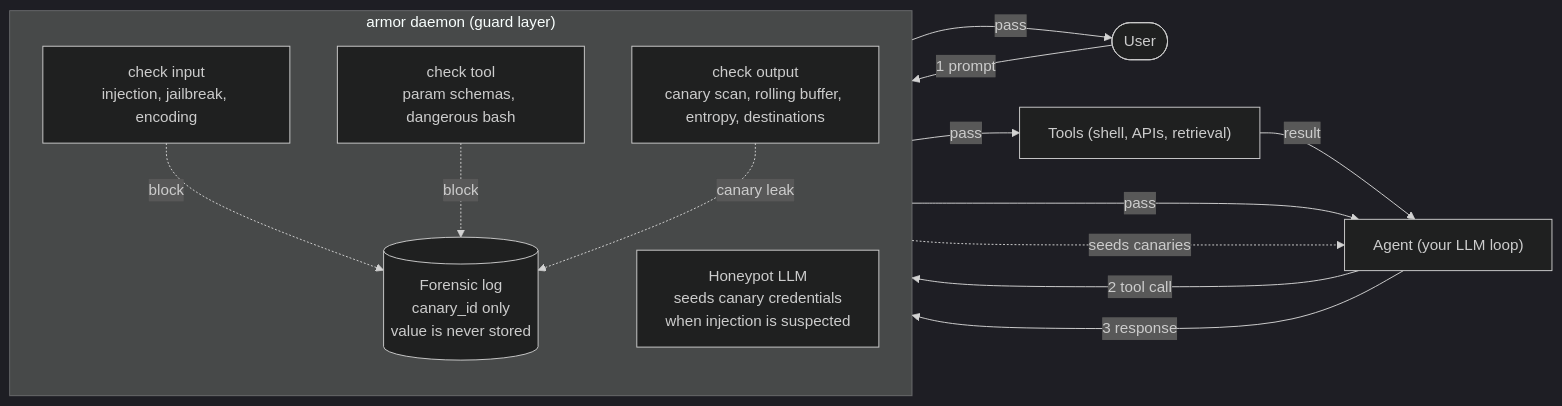
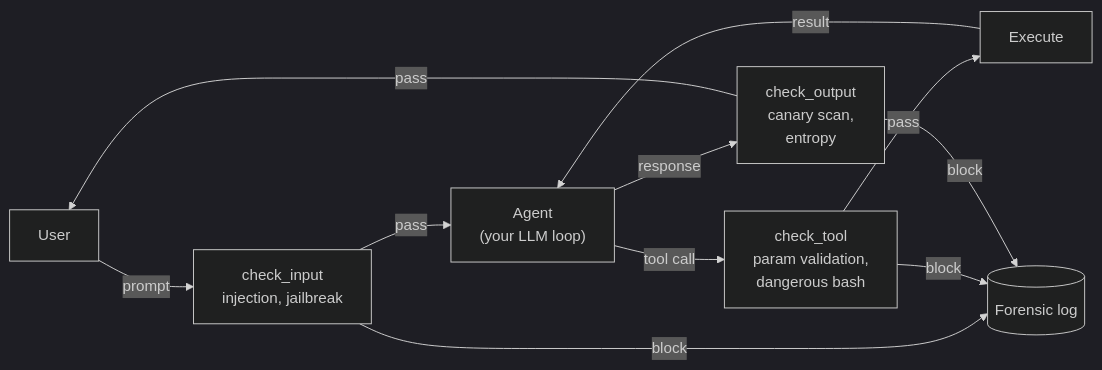
One commit to tkdtaylor/armor changed the diagram in README.md. Above: the diagram before and after it, drawn with Mermaid (dark theme). The commit also changed other lines of this file and 3 other files, not shown here.

````diff
--- a/README.md
+++ b/README.md
@@ -306,28 +60,13 @@
 ```mermaid
 flowchart LR
-    User(["User"])
-
-    subgraph Armor["armor daemon (guard layer)"]
-        direction TB
-        I["check input<br/>injection, jailbreak, encoding"]
-        TC["check tool<br/>param schemas, dangerous bash"]
-        O["check output<br/>canary scan, rolling buffer, entropy, destinations"]
-        H["Honeypot LLM<br/>seeds canary credentials<br/>when injection is suspected"]
-        F[("Forensic log<br/>canary_id only<br/>value is never stored")]
-    end
-
-    Agent["Agent (your LLM loop)"]
-    Tools["Tools (shell, APIs, retrieval)"]
-
-    User -->|"1 prompt"| I
-    I -->|pass| Agent
-    I -.block.-> F
-    Agent -->|"2 tool call"| TC
-    TC -->|pass| Tools
-    TC -.block.-> F
-    Tools -->|result| Agent
-    Agent -->|"3 response"| O
-    O -->|pass| User
-    O -.canary leak.-> F
-    H -. seeds canaries .-> Agent
+    User["User"] -->|prompt| Input["check_input<br/>injection, jailbreak"]
+    Input -->|pass| Agent["Agent<br/>(your LLM loop)"]
+    Input -->|block| Log[("Forensic log")]
+    Agent -->|tool call| Tool["check_tool<br/>param validation,<br/>dangerous bash"]
+    Tool -->|pass| Exec["Execute"]
+    Tool -->|block| Log
+    Exec -->|result| Agent
+    Agent -->|response| Output["check_output<br/>canary scan,<br/>entropy"]
+    Output -->|pass| User
+    Output -->|block| Log
 ```
````
